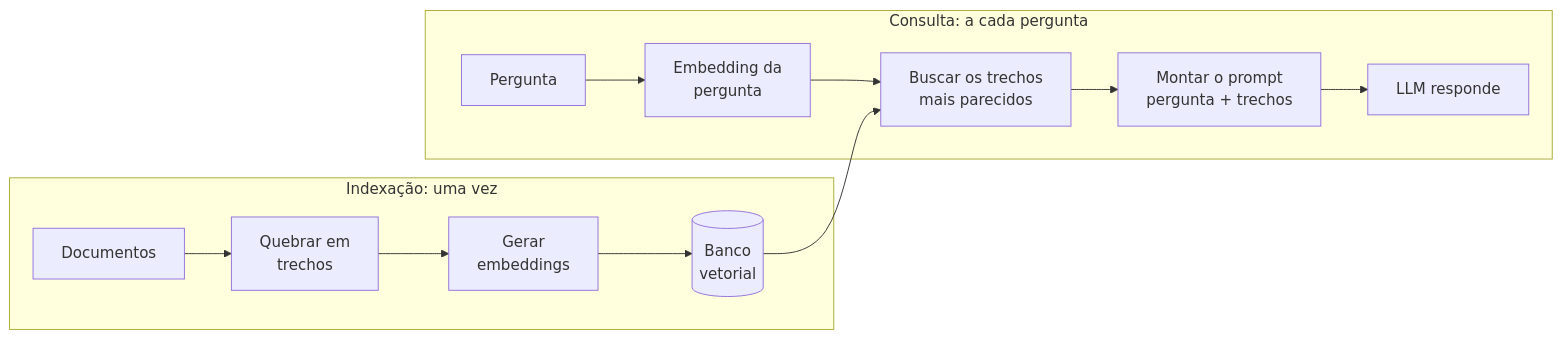
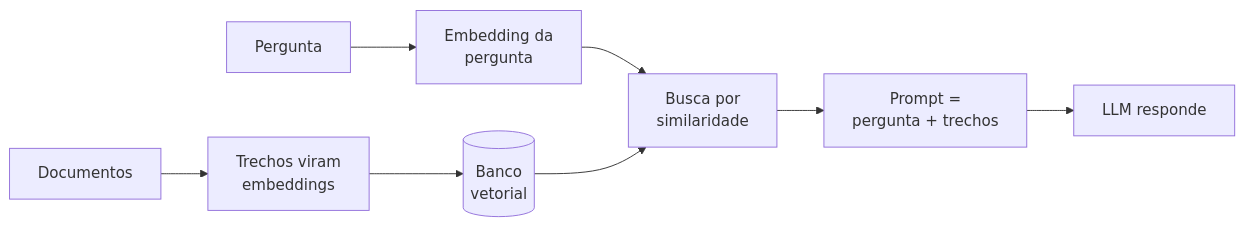
One commit to htborges/IA-Lab changed the first of 3 diagrams in 00-fundamentals/13-ai-systems.pt-BR.md. Above: the diagram before and after it, drawn with Mermaid. The commit also changed 1 other file, not shown here.

Commit message:
Simplify RAG pipeline diagram in lesson 13

````diff
--- a/00-fundamentals/13-ai-systems.pt-BR.md
+++ b/00-fundamentals/13-ai-systems.pt-BR.md
@@ -33,10 +33,7 @@
 ```mermaid
 flowchart LR
-    subgraph I[Indexação: uma vez]
-        D[Documentos] --> C[Quebrar em<br/>trechos] --> E1[Gerar<br/>embeddings] --> V[(Banco<br/>vetorial)]
-    end
-    subgraph Q[Consulta: a cada pergunta]
-        P[Pergunta] --> E2[Embedding da<br/>pergunta] --> B[Buscar os trechos<br/>mais parecidos] --> M[Montar o prompt<br/>pergunta + trechos] --> L[LLM responde]
-    end
+    D[Documentos] --> E1[Trechos viram<br/>embeddings] --> V[(Banco<br/>vetorial)]
+    P[Pergunta] --> E2[Embedding da<br/>pergunta] --> B[Busca por<br/>similaridade]
     V --> B
+    B --> M[Prompt =<br/>pergunta + trechos] --> L[LLM responde]
 ```
````
